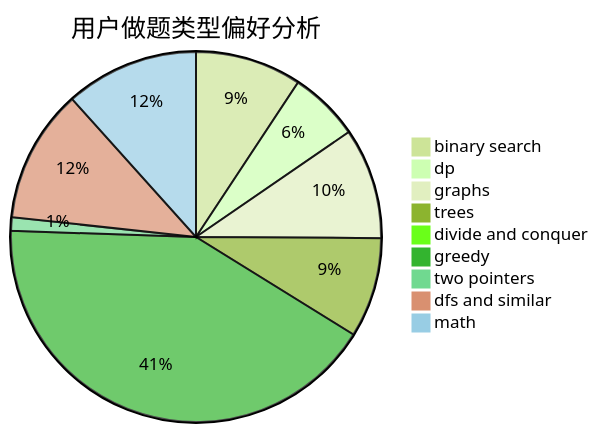
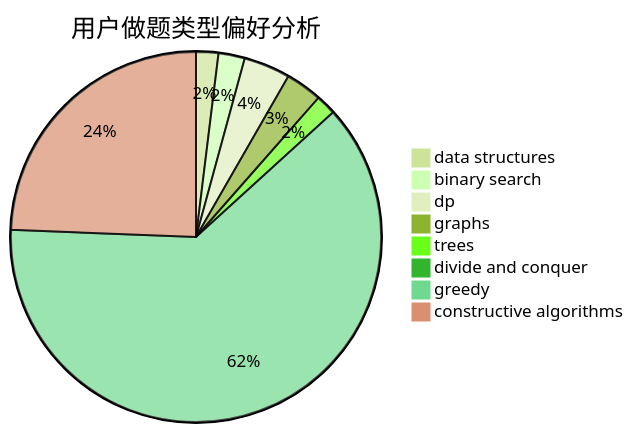
The second of 3 diagrams in docs/user/u950.md (sherpahu/cfrs.github.io), drawn with Mermaid (forest theme) before and after one commit. The commit also changed other lines of this file and 2775 other files, not shown here.

````diff
--- a/docs/user/u950.md
+++ b/docs/user/u950.md
@@ -23,12 +23,11 @@
 ```mermaid
 pie title 用户做题类型偏好分析
-    "binary search" :  118
-    "dp" :  78
-    "graphs" :  123
-    "trees" :  111
-    "divide and conquer" :  7
-    "greedy" :  530
-    "two pointers" :  15
-    "dfs and similar" :  148
-    "math" :  148
+    "data structures" :  11
+    "binary search" :  13
+    "dp" :  23
+    "graphs" :  18
+    "trees" :  10
+    "divide and conquer" :  4
+    "greedy" :  353
+    "constructive algorithms" :  138
 ```
````
